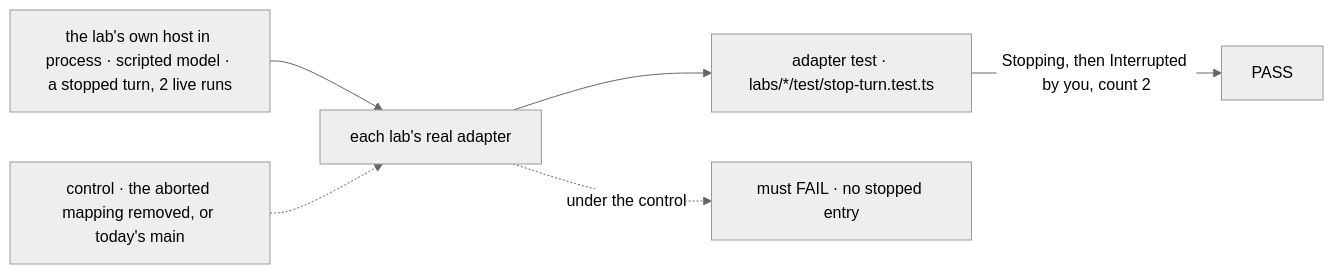
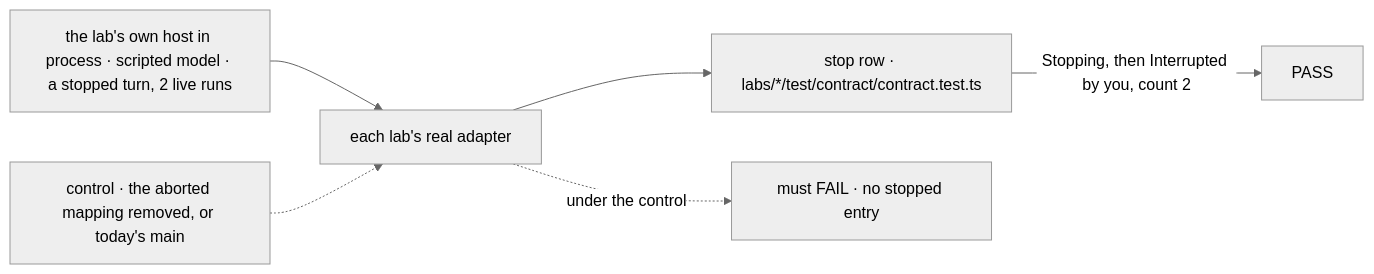
One commit to fixpoint-labs/flow-state-dev changed the first of 3 diagrams in specs/issues/FIX-2375/SPEC.md. Above: the diagram before and after it, drawn with Mermaid (neutral theme).

Commit message:
spec(FIX-2375): figure names the contract stop row
Claude-Session: https://claude.ai/code/session_01NczDiF6MmQeZ9KUe2E41Up

````diff
--- a/specs/issues/FIX-2375/SPEC.md
+++ b/specs/issues/FIX-2375/SPEC.md
@@ -30,8 +30,8 @@
 ```mermaid
 flowchart LR
   F["the lab's own host in process · scripted model · a stopped turn, 2 live runs"] --> A["each lab's real adapter"]
-  A --> T["adapter test · labs/*/test/stop-turn.test.ts"]
+  A --> T["stop row · labs/*/test/contract/contract.test.ts"]
   T -->|"Stopping, then Interrupted by you, count 2"| P["PASS"]
   C["control · the aborted mapping removed, or today's main"] -.-> A
   A -.->|"under the control"| X["must FAIL · no stopped entry"]
 ```
````
